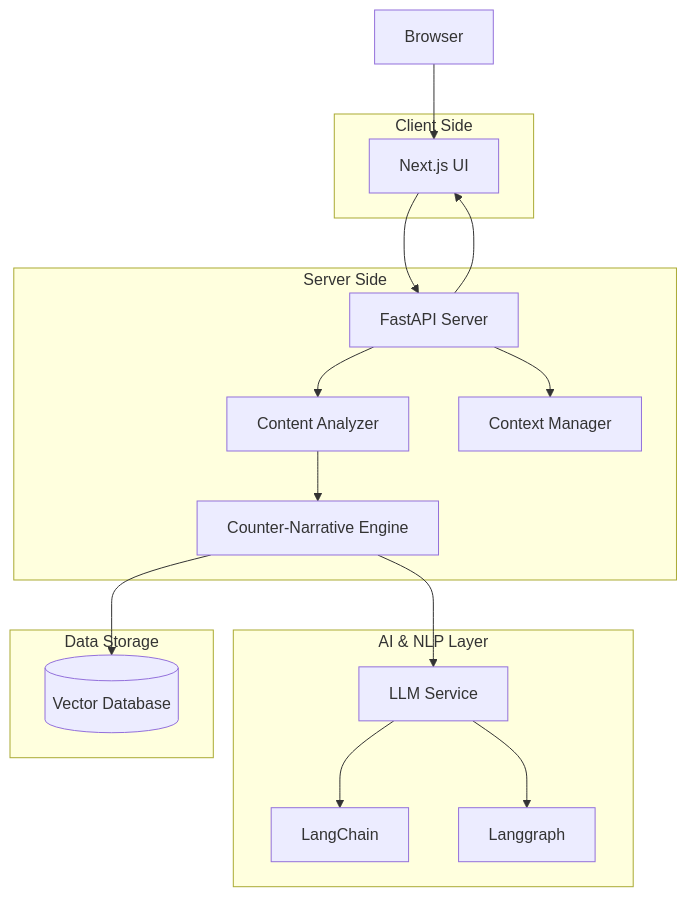
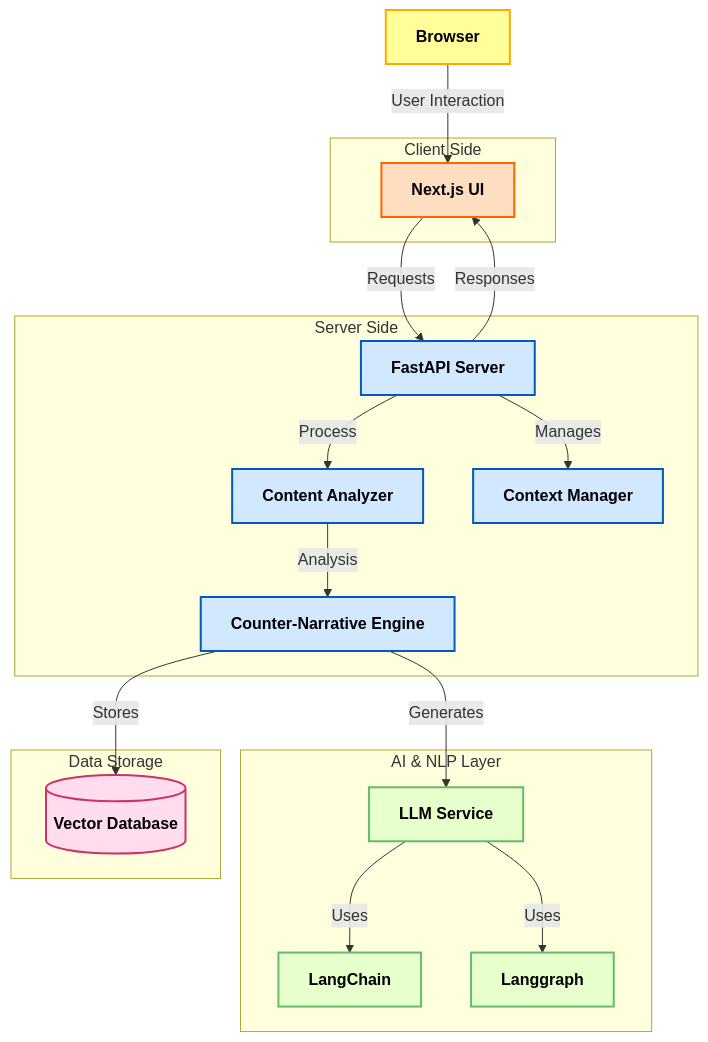
One commit to vedpawar2254/Perspective changed the second of 2 diagrams in README.md. Above: the diagram before and after it, drawn with Mermaid. The commit also changed other lines of this file, not shown here.

Commit message:
Made chabges in architecture diagram to make it easily understandable.

````diff
--- a/README.md
+++ b/README.md
@@ -129,34 +135,47 @@
 ```mermaid
 graph TB
+    %% Define Subgraphs with Colors and Text Styles
     subgraph Client Side
+        style UI fill:#FFDDC1,stroke:#FF6600,stroke-width:2px,color:#000,font-weight:bold
         UI[Next.js UI]
     end
 
     subgraph Server Side
+        style API fill:#D1E8FF,stroke:#005BBB,stroke-width:2px,color:#000,font-weight:bold
+        style Analyzer fill:#D1E8FF,stroke:#005BBB,stroke-width:2px,color:#000,font-weight:bold
+        style CNEngine fill:#D1E8FF,stroke:#005BBB,stroke-width:2px,color:#000,font-weight:bold
+        style Context fill:#D1E8FF,stroke:#005BBB,stroke-width:2px,color:#000,font-weight:bold
         API[FastAPI Server]
         Analyzer[Content Analyzer]
         CNEngine[Counter-Narrative Engine]
         Context[Context Manager]
     end
 
     subgraph AI & NLP Layer
+        style LLM fill:#E6FFCC,stroke:#66BB66,stroke-width:2px,color:#000,font-weight:bold
+        style LangChain fill:#E6FFCC,stroke:#66BB66,stroke-width:2px,color:#000,font-weight:bold
+        style Langgraph fill:#E6FFCC,stroke:#66BB66,stroke-width:2px,color:#000,font-weight:bold
         LLM[LLM Service]
         LangChain[LangChain]
         Langgraph[Langgraph]
     end
 
     subgraph Data Storage
+        style VectorDB fill:#FFDDEE,stroke:#CC3366,stroke-width:2px,color:#000,font-weight:bold
         VectorDB[(Vector Database)]
     end
 
-    Browser --> UI
-    UI --> API
-    API --> Analyzer
-    Analyzer --> CNEngine
-    CNEngine --> LLM
-    LLM --> LangChain
-    LLM --> Langgraph
-    API --> Context
-    CNEngine --> VectorDB
-    API --> UI
+    %% Define Connections with Labels
+    style Browser fill:#FFFF99,stroke:#FFAA00,stroke-width:2px,color:#000,font-weight:bold
+    Browser -->|User Interaction| UI
+    UI -->|Requests| API
+    API -->|Process| Analyzer
+    Analyzer -->|Analysis| CNEngine
+    CNEngine -->|Generates| LLM
+    LLM -->|Uses| LangChain
+    LLM -->|Uses| Langgraph
+    API -->|Manages| Context
+    CNEngine -->|Stores| VectorDB
+    API -->|Responses| UI
+
 ```
````
